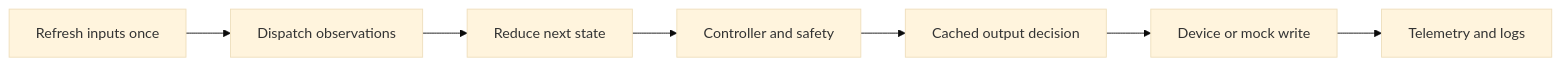
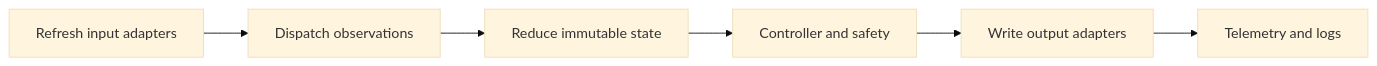
One commit to ARES-23247/ARESWEB changed the diagram in content/learning/programming/04-cached-io.md. Above: the diagram before and after it, drawn with Mermaid (base theme). The commit also changed other lines of this file and 6 other files, not shown here.

````diff
--- a/content/learning/programming/04-cached-io.md
+++ b/content/learning/programming/04-cached-io.md
@@ -38,10 +47,9 @@
 ```mermaid
-%% aria: Each robot loop refreshes inputs once, updates state, calculates checked outputs, writes through adapters, and then publishes telemetry.
+%% aria: The robot loop refreshes input adapters, dispatches observations, reduces immutable state, calculates checked output, writes through an output adapter, and then publishes telemetry and logs.
 flowchart LR
-  A["Refresh inputs once"] --> B["Dispatch observations"]
-  B --> C["Reduce next state"]
-  C --> D["Controller and safety"]
-  D --> E["Cached output decision"]
-  E --> F["Device or mock write"]
-  F --> G["Telemetry and logs"]
+    A["Refresh input adapters"] --> B["Dispatch observations"]
+    B --> C["Reduce immutable state"]
+    C --> D["Controller and safety"]
+    D --> E["Write output adapters"]
+    E --> F["Telemetry and logs"]
 ```
````
